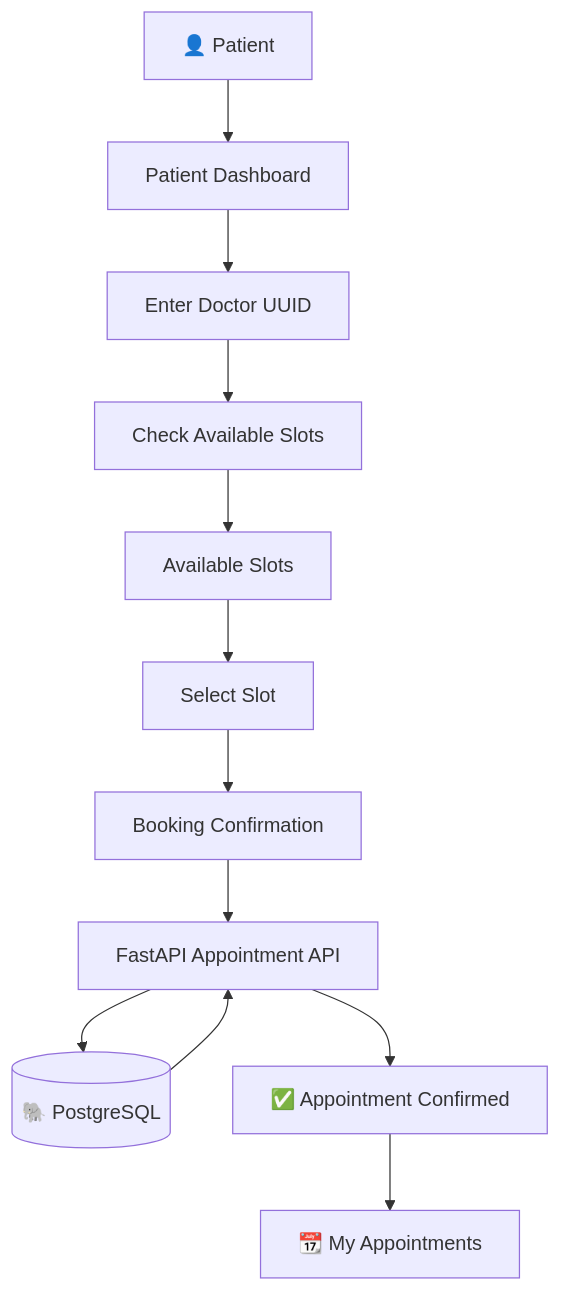
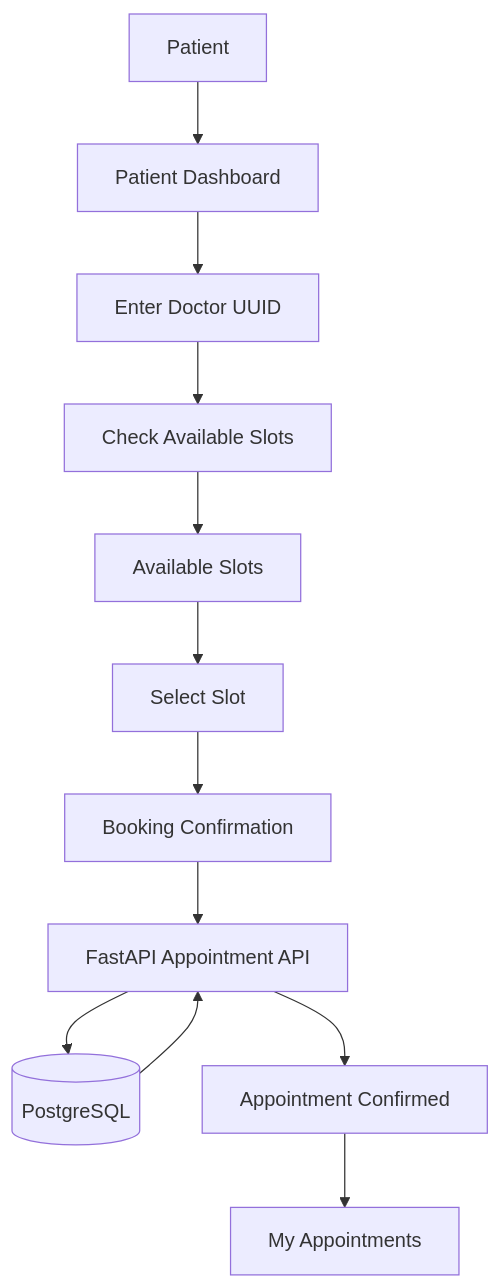
Before and after one commit to Sonali1554/healthcare-appointment-manager: the seventh of 10 diagrams in README.md, drawn with Mermaid. The commit also changed other lines of this file, not shown here.

Commit message:
Fix formatting in README.md for clarity
Updated formatting of the README.md file by removing leading spaces from section titles and flowchart labels.

````diff
--- a/README.md
+++ b/README.md
@@ -488,46 +488,46 @@
 ```mermaid
 flowchart TD
-    PATIENT["👤 Patient"]
+    PATIENT[" Patient"]
 
     DASHBOARD["Patient Dashboard"]
 
     DOCTORID["Enter Doctor UUID"]
 
     CHECK["Check Available Slots"]
 
     SLOTS["Available Slots"]
 
     SELECT["Select Slot"]
 
     CONFIRMATION["Booking Confirmation"]
 
     API["FastAPI Appointment API"]
 
-    DATABASE[("🐘 PostgreSQL")]
+    DATABASE[(" PostgreSQL")]
 
-    SUCCESS["✅ Appointment Confirmed"]
+    SUCCESS[" Appointment Confirmed"]
 
-    MYAPPOINTMENTS["📆 My Appointments"]
+    MYAPPOINTMENTS[" My Appointments"]
 
     PATIENT --> DASHBOARD
 
     DASHBOARD --> DOCTORID
 
     DOCTORID --> CHECK
 
     CHECK --> SLOTS
 
     SLOTS --> SELECT
 
     SELECT --> CONFIRMATION
 
     CONFIRMATION --> API
 
     API --> DATABASE
 
     DATABASE --> API
 
     API --> SUCCESS
 
     SUCCESS --> MYAPPOINTMENTS
 ```
````
